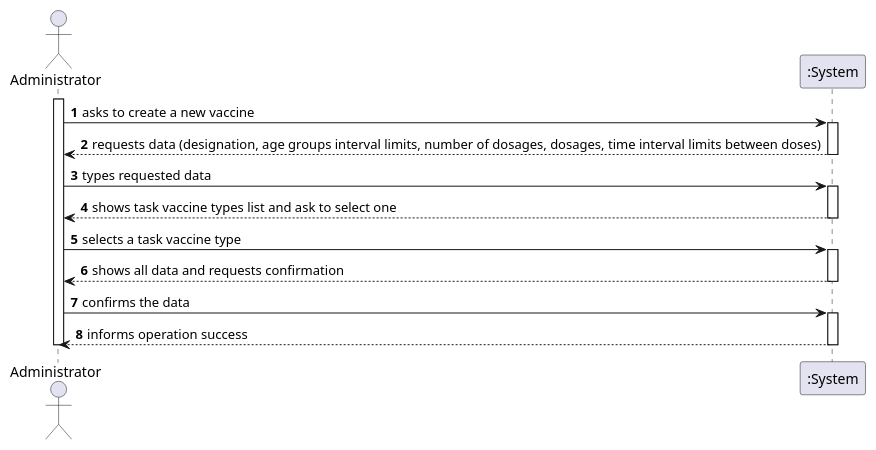
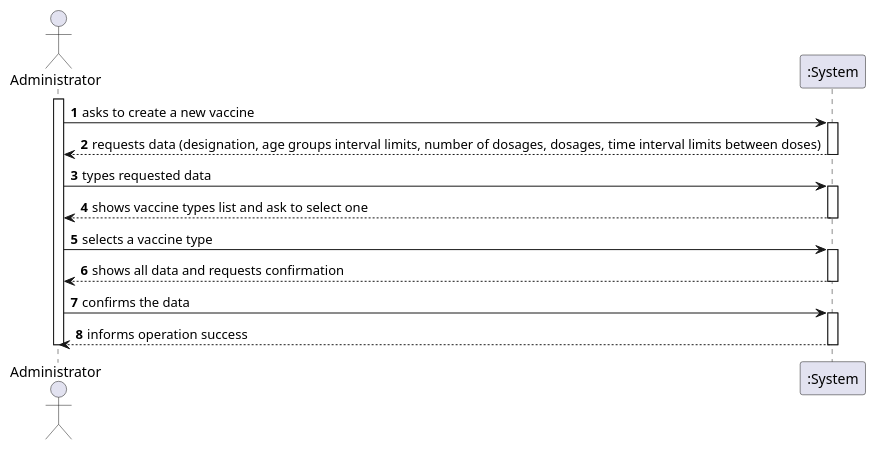
One commit to miseEnPlace-i/lapr2 changed the diagram in docs/SprintB/US13/SSD/US13_SSD.puml. Above: the diagram before and after it, drawn with PlantUML.

Commit message:
docs(US13): fixed SSD

```diff
--- a/docs/SprintB/US13/SSD/US13_SSD.puml
+++ b/docs/SprintB/US13/SSD/US13_SSD.puml
@@ -1,28 +1,28 @@
 @startuml
 autonumber
 actor "Administrator" as OE
 
 activate OE
 OE -> ":System" : asks to create a new vaccine
 activate ":System"
 ":System" --> OE : requests data (designation, age groups interval limits, number of dosages, dosages, time interval limits between doses)
 deactivate ":System"
 
 OE -> ":System" : types requested data
 activate ":System"
-":System" --> OE : shows task vaccine types list and ask to select one
+":System" --> OE : shows vaccine types list and ask to select one
 deactivate ":System"
 
-OE -> ":System" : selects a task vaccine type
+OE -> ":System" : selects a vaccine type
 activate ":System"
 ":System" --> OE : shows all data and requests confirmation
 deactivate ":System"
 
 OE -> ":System" : confirms the data
 activate ":System"
 ":System" --> OE : informs operation success
 deactivate ":System"
 
 deactivate OE
 
 @enduml
```
